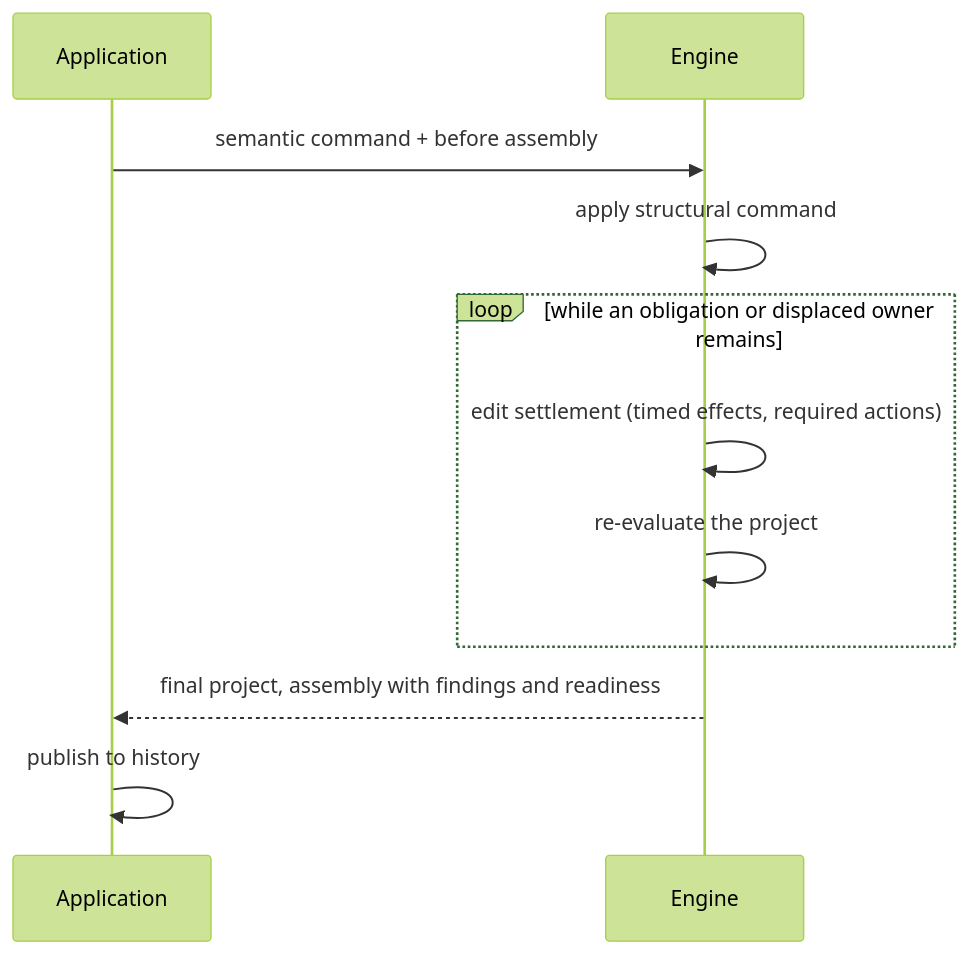
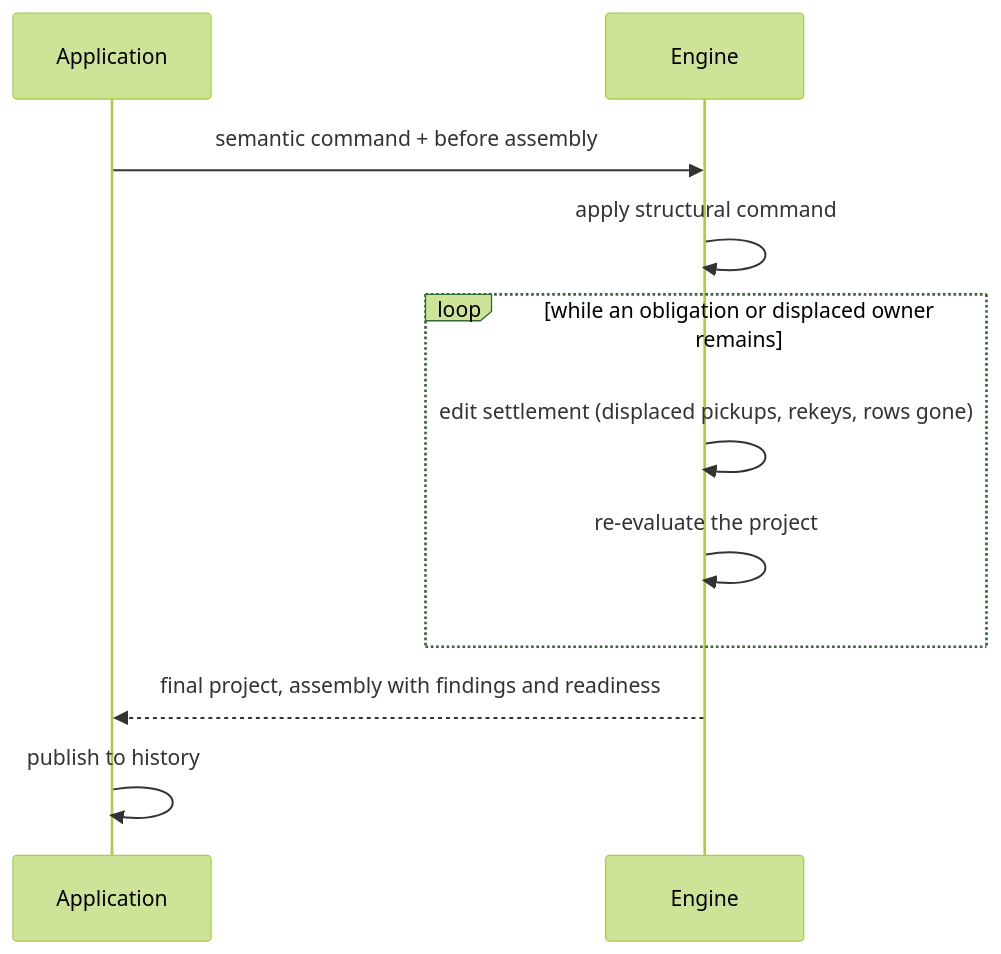
The second of 2 diagrams in docs/design/SIMULATION_AND_VALIDATION.md (maybe-adamant/RunPlanner), drawn with Mermaid (forest theme) before and after one commit. The commit also changed other lines of this file and 35 other files, not shown here.

First line of the commit message:
feat(engine)!: remove automatic placement of required rows; Remove and Reset take them back

````diff
--- a/docs/design/SIMULATION_AND_VALIDATION.md
+++ b/docs/design/SIMULATION_AND_VALIDATION.md
@@ -135,13 +134,13 @@
 ```mermaid
 sequenceDiagram
   participant App as Application
   participant Eng as Engine
   App->>Eng: semantic command + before assembly
   Eng->>Eng: apply structural command
   loop while an obligation or displaced owner remains
-    Eng->>Eng: edit settlement (timed effects, required actions)
+    Eng->>Eng: edit settlement (displaced pickups, rekeys, rows gone)
     Eng->>Eng: re-evaluate the project
   end
   Eng-->>App: final project, assembly with findings and readiness
   App->>App: publish to history
 ```
````
